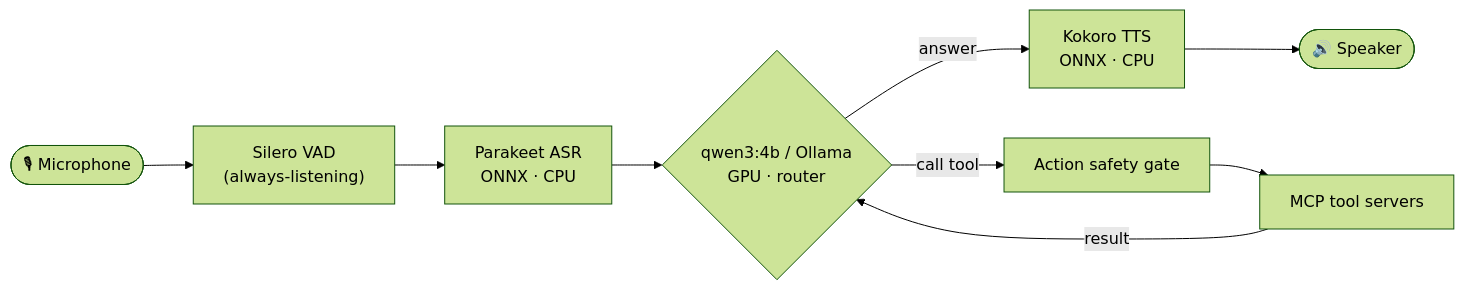
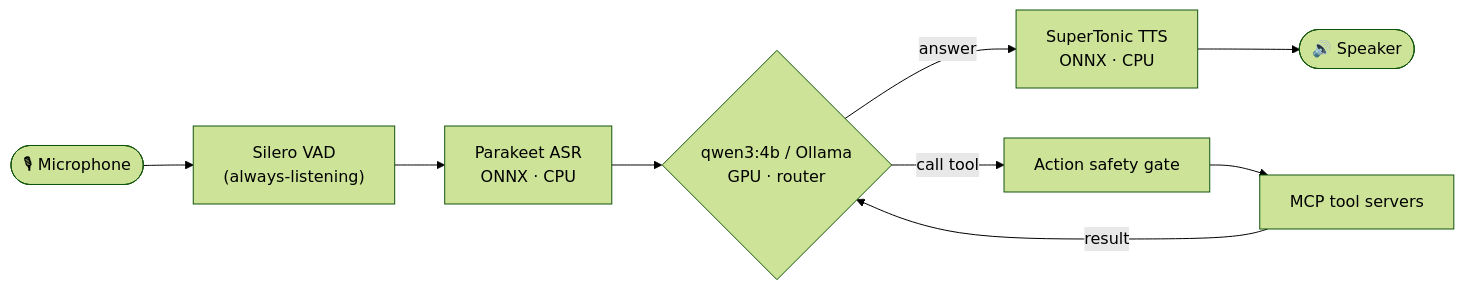
The first of 3 diagrams in README.md (itsDigvijaysing/AI_Linux_Assistant), drawn with Mermaid (forest theme) before and after one commit. The commit also changed other lines of this file and 49 other files, not shown here.

Commit message:
Complete v1: desktop skills + hybrid retrieval, PipeWire AEC barge-in, GNOME overlay, SuperTonic TTS, unified sudo-free launcher

````diff
--- a/README.md
+++ b/README.md
@@ -27,11 +29,11 @@
 ```mermaid
 flowchart LR
     mic(["🎙 Microphone"]) --> vad["Silero VAD<br/>(always-listening)"]
     vad --> asr["Parakeet ASR<br/>ONNX · CPU"]
     asr --> brain{"qwen3:4b / Ollama<br/>GPU · router"}
-    brain -->|"answer"| tts["Kokoro TTS<br/>ONNX · CPU"]
+    brain -->|"answer"| tts["SuperTonic TTS<br/>ONNX · CPU"]
     tts --> spk(["🔊 Speaker"])
     brain -->|"call tool"| gate["Action safety gate"]
     gate --> mcp["MCP tool servers"]
     mcp -->|"result"| brain
 ```
````
